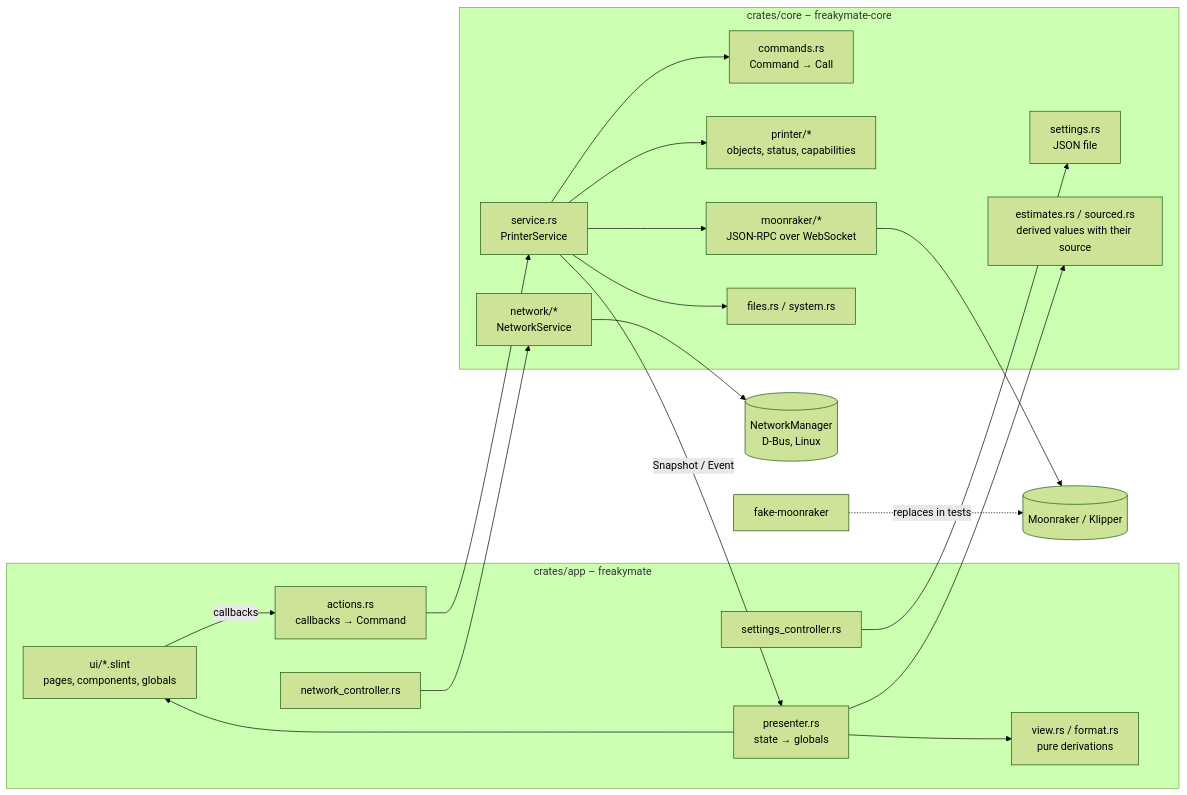
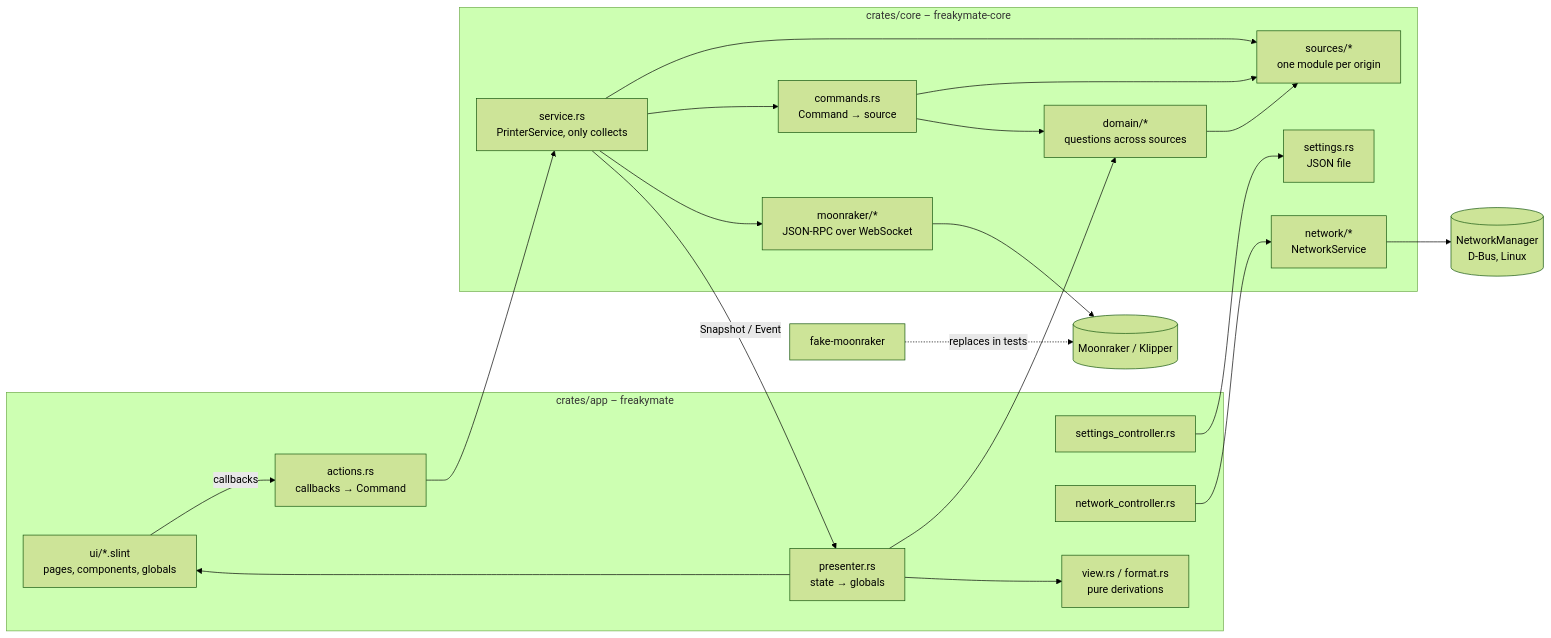
The diagram in docs/architecture.md (freakydude/klipper-touch), drawn with Mermaid (forest theme) before and after one commit. The commit also changed other lines of this file and 65 other files, not shown here.

````diff
--- a/docs/architecture.md
+++ b/docs/architecture.md
@@ -9,36 +9,35 @@
 ```mermaid
 flowchart LR
     subgraph app [crates/app – freakymate]
         UI[ui/*.slint<br/>pages, components, globals]
         P[presenter.rs<br/>state → globals]
         A[actions.rs<br/>callbacks → Command]
         S[settings_controller.rs]
         N[network_controller.rs]
         V[view.rs / format.rs<br/>pure derivations]
     end
     subgraph core [crates/core – freakymate-core]
-        SVC[service.rs<br/>PrinterService]
-        CMD[commands.rs<br/>Command → Call]
-        PR[printer/*<br/>objects, status, capabilities]
+        SVC[service.rs<br/>PrinterService, only collects]
+        CMD[commands.rs<br/>Command → source]
+        DOM[domain/*<br/>questions across sources]
+        SRC[sources/*<br/>one module per origin]
         MR[moonraker/*<br/>JSON-RPC over WebSocket]
         SET[settings.rs<br/>JSON file]
-        FS[files.rs / system.rs]
-        EST[estimates.rs / sourced.rs<br/>derived values with their source]
         NET[network/*<br/>NetworkService]
     end
     M[(Moonraker / Klipper)]
     F[fake-moonraker]
     NM[(NetworkManager<br/>D-Bus, Linux)]
 
     UI -- callbacks --> A --> SVC
     SVC -- Snapshot / Event --> P --> UI
     P --> V
+    P --> DOM
     S --> SET
-    SVC --> CMD
-    SVC --> PR
-    SVC --> FS
-    P --> EST
+    SVC --> CMD --> DOM --> SRC
+    CMD --> SRC
+    SVC --> SRC
     SVC --> MR --> M
     F -. replaces in tests .-> M
     N --> NET --> NM
 ```
````
